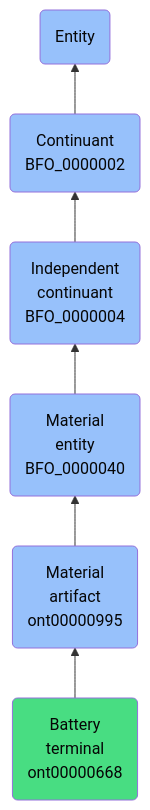
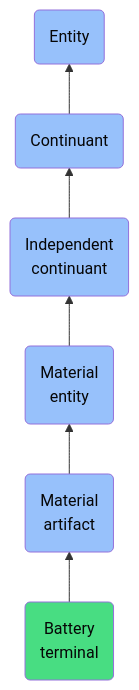
The diagram in docs/ontology/reference/model/Entity/Continuant/Independent continuant/Material entity/Material artifact/Battery terminal/Battery terminal.md (jupyter-naas/abi), drawn with Mermaid before and after one commit. The commit also changed other lines of this file and 1430 other files, not shown here.

````diff
--- a/docs/ontology/reference/model/Entity/Continuant/Independent continuant/Material entity/Material artifact/Battery terminal/Battery terminal.md
+++ b/docs/ontology/reference/model/Entity/Continuant/Independent continuant/Material entity/Material artifact/Battery terminal/Battery terminal.md
@@ -24,13 +24,13 @@
 ```mermaid
 graph BT
-    ont00000668(Battery<br>terminal<br>ont00000668):::ABI-->ont00000995
-    ont00000995(Material<br>artifact<br>ont00000995):::BFO-->BFO_0000040
-    BFO_0000040(Material<br>entity<br>BFO_0000040):::BFO-->BFO_0000004
-    BFO_0000004(Independent<br>continuant<br>BFO_0000004):::BFO-->BFO_0000002
-    BFO_0000002(Continuant<br>BFO_0000002):::BFO-->BFO_0000001
+    ont00000668(Battery<br>terminal):::ABI-->ont00000995
+    ont00000995(Material<br>artifact):::BFO-->BFO_0000040
+    BFO_0000040(Material<br>entity):::BFO-->BFO_0000004
+    BFO_0000004(Independent<br>continuant):::BFO-->BFO_0000002
+    BFO_0000002(Continuant):::BFO-->BFO_0000001
     BFO_0000001(Entity):::BFO
     
     classDef BFO fill:#97c1fb,color:#060606
     classDef CCO fill:#e4c51e,color:#060606
     classDef ABI fill:#48DD82,color:#060606
 ```
````
